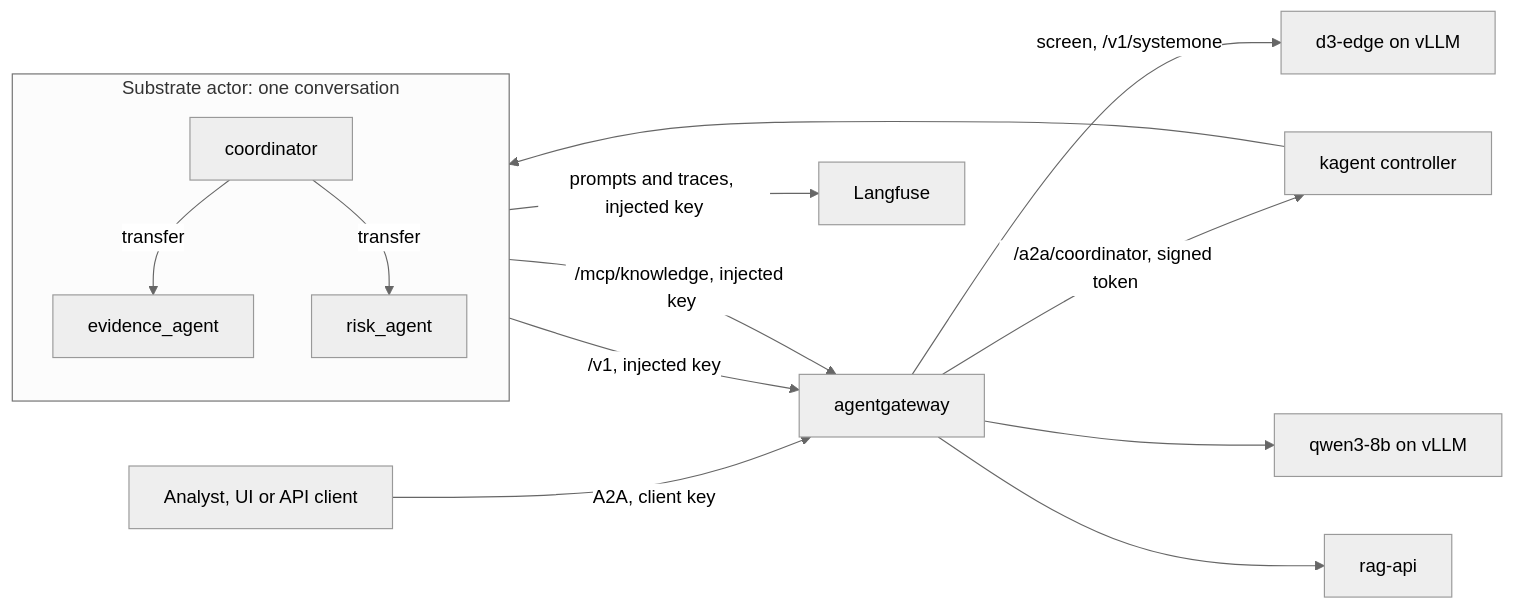
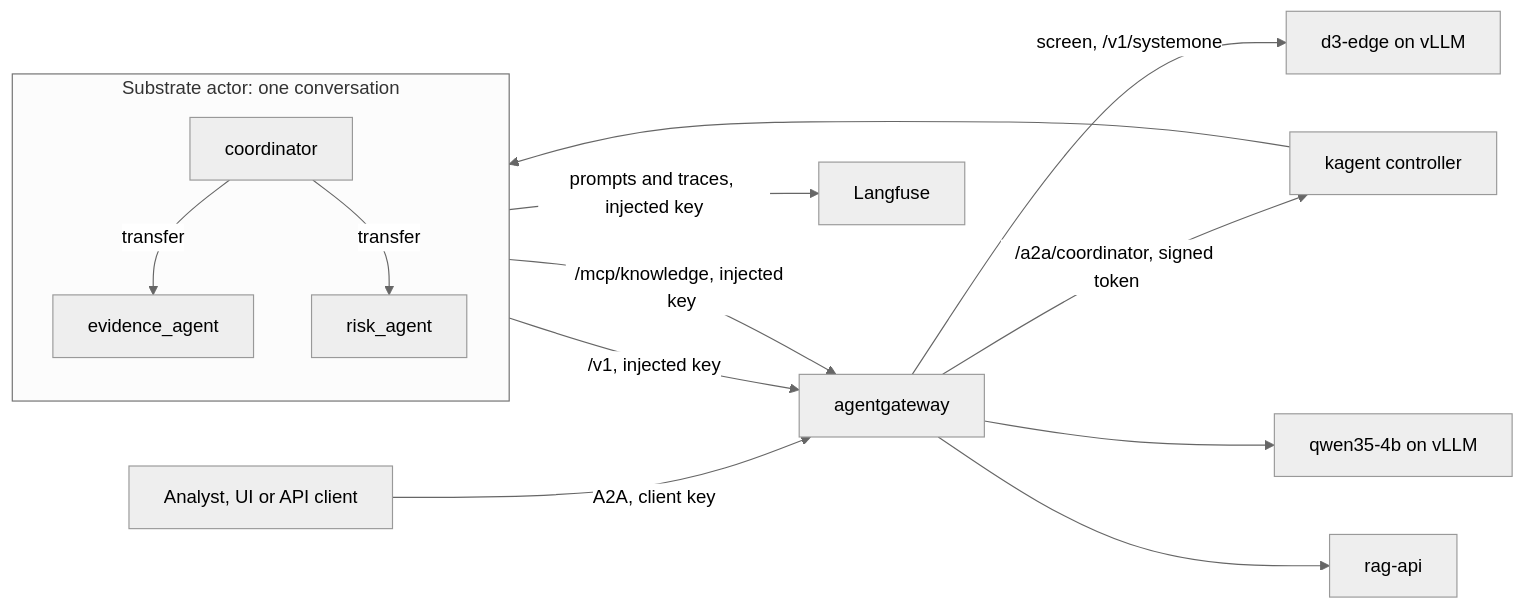
The diagram in docs/llm/agents.md (phuchoang2603/payment-gateway-fraud-detection), drawn with Mermaid (neutral theme) before and after one commit. The commit also changed other lines of this file and 9 other files, not shown here.

First line of the commit message:
feat(llm): serve Qwen3.5-4B FP8 as the chat model

````diff
--- a/docs/llm/agents.md
+++ b/docs/llm/agents.md
@@ -22,16 +22,16 @@
 ```mermaid
 flowchart LR
   client[Analyst, UI or API client] -->|A2A, client key| gw[agentgateway]
   gw -->|/a2a/coordinator, signed token| ctrl[kagent controller]
   ctrl --> actor
   subgraph actor[Substrate actor: one conversation]
     coord[coordinator] -->|transfer| ev[evidence_agent]
     coord -->|transfer| risk[risk_agent]
   end
   actor -->|/v1, injected key| gw
   actor -->|/mcp/knowledge, injected key| gw
   gw -->|screen, /v1/systemone| d3[d3-edge on vLLM]
-  gw --> vllm[qwen3-8b on vLLM]
+  gw --> vllm[qwen35-4b on vLLM]
   gw --> rag[rag-api]
   actor -->|prompts and traces, injected key| lf[Langfuse]
 ```
````
